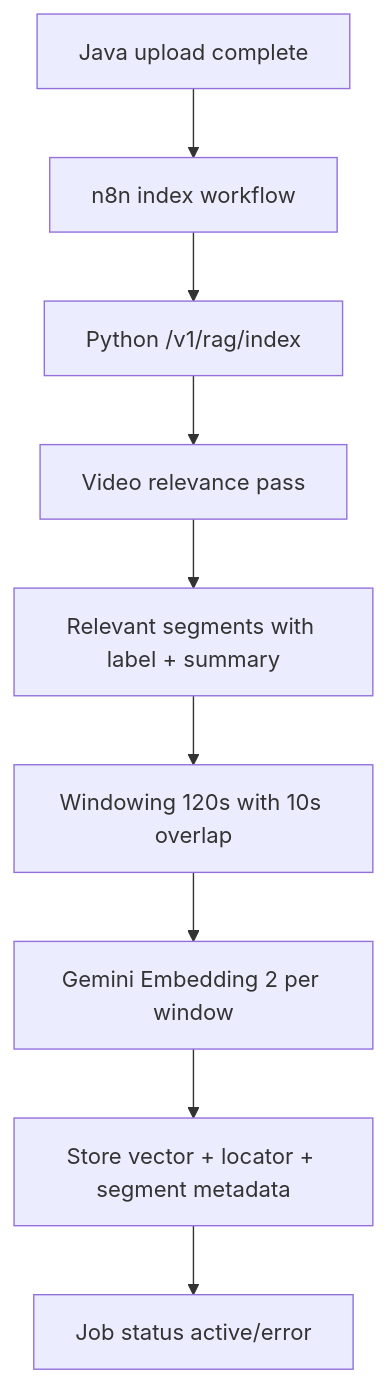
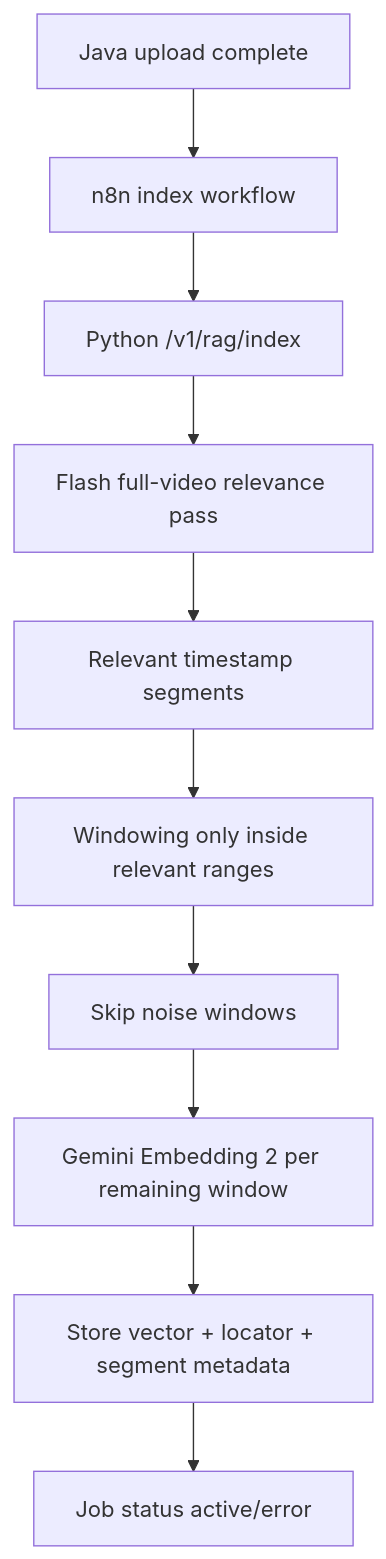
One commit to cvmartin25/multimodal-rag changed the diagram in docs/flows/04_video_indexing_flow.md. Above: the diagram before and after it, drawn with Mermaid. The commit also changed other lines of this file and 30 other files, not shown here.

````diff
--- a/docs/flows/04_video_indexing_flow.md
+++ b/docs/flows/04_video_indexing_flow.md
@@ -3,11 +39,12 @@
 ```mermaid
 flowchart TD
   A[Java upload complete] --> B[n8n index workflow]
   B --> C[Python /v1/rag/index]
-  C --> D[Video relevance pass]
-  D --> E[Relevant segments with label + summary]
-  E --> F[Windowing 120s with 10s overlap]
-  F --> G[Gemini Embedding 2 per window]
-  G --> H[Store vector + locator + segment metadata]
-  H --> I[Job status active/error]
+  C --> D[Flash full-video relevance pass]
+  D --> E[Relevant timestamp segments]
+  E --> F[Windowing only inside relevant ranges]
+  F --> G[Skip noise windows]
+  G --> H[Gemini Embedding 2 per remaining window]
+  H --> I[Store vector + locator + segment metadata]
+  I --> J[Job status active/error]
 ```
````
